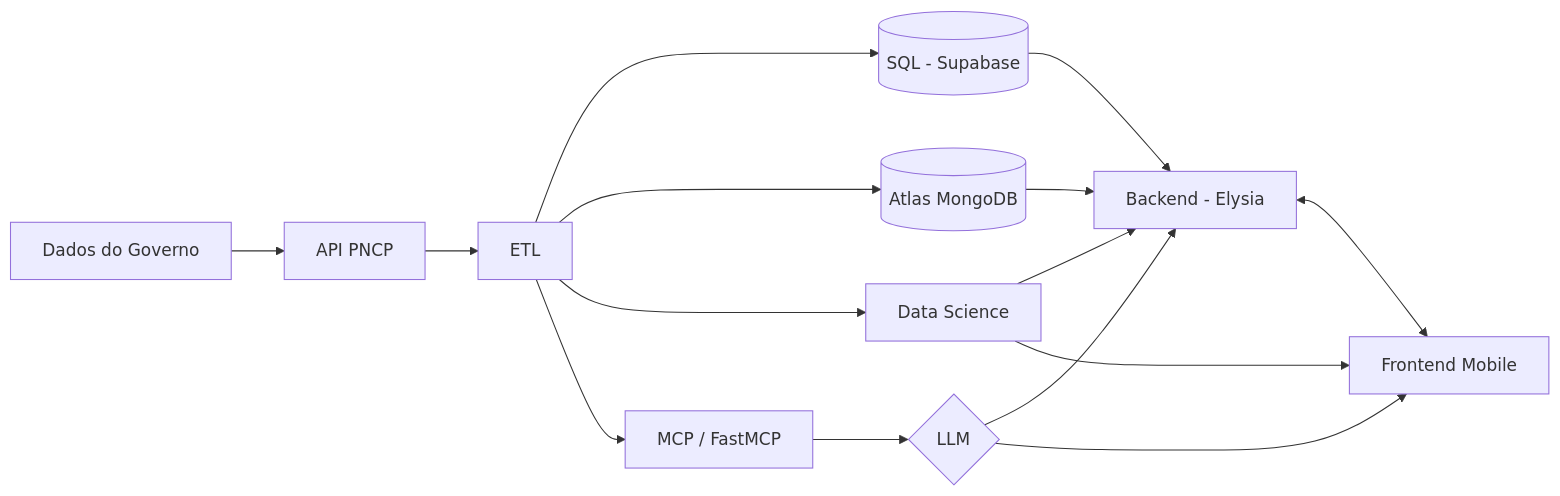
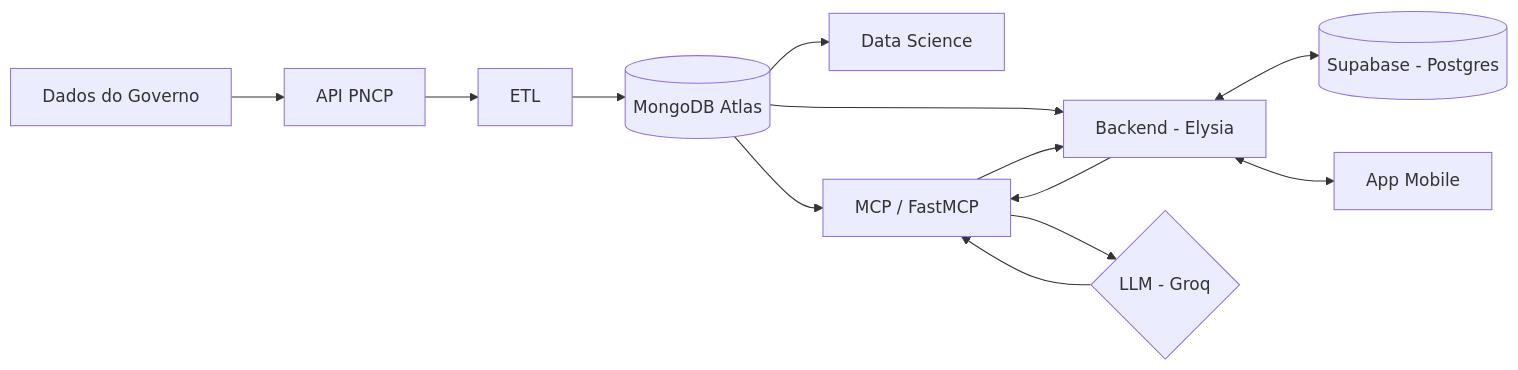
Before and after one commit to VyNas07/Licitei: the diagram in README.md, drawn with Mermaid. The commit also changed 2 other files, not shown here.

Commit message:
docs: atualiza arquitetura e ADR para refletir Groq e MCP
- Diagrama Mermaid corrigido: ETL alimenta somente MongoDB,
  Supabase é escrito pelo backend, LLM não conecta direto ao mobile
- docs/architecture.md: camadas, fluxo de dados e diagrama alinhados
  com a arquitetura real implementada
- ADR 001 reescrito: documenta bloqueio geográfico do Google AI Studio,
  escolha do Groq (free tier, OpenAI-compatible) e rate limits

````diff
--- a/README.md
+++ b/README.md
@@ -21,17 +21,15 @@
 ```mermaid
 flowchart LR
     A[Dados do Governo] --> B[API PNCP]
     B --> C[ETL]
-    C --> D[(SQL - Supabase)]
-    C --> E[(Atlas MongoDB)]
-    C --> F[Data Science]
-    C --> G[MCP / FastMCP]
-    G --> H{LLM}
-    D --> I[Backend - Elysia]
-    E --> I
-    F --> I
-    H --> I
-    H --> J[Frontend Mobile]
-    F --> J
-    I <--> J
+    C --> E[(MongoDB Atlas)]
+    E --> F[Data Science]
+    E --> G[MCP / FastMCP]
+    E --> I[Backend - Elysia]
+    G --> H{LLM - Groq}
+    H --> G
+    I <--> D[(Supabase - Postgres)]
+    I --> G
+    G --> I
+    I <--> J[App Mobile]
 ```
````
